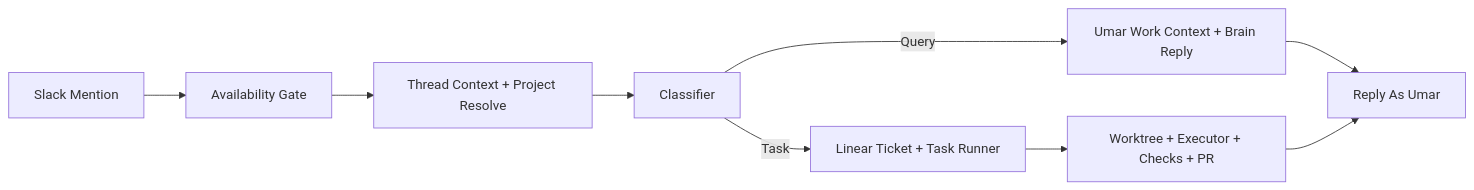
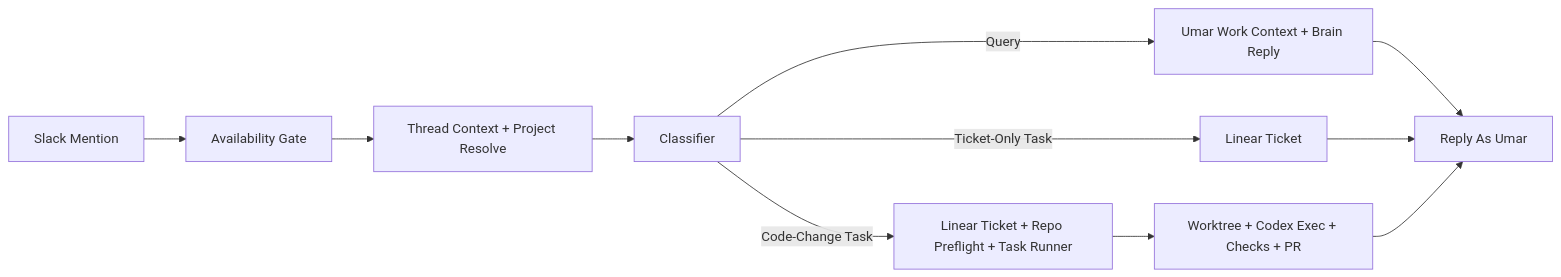
Before and after one commit to Umar-Auth/overlap-guard: the diagram in README.md, drawn with Mermaid. The commit also changed other lines of this file and 19 other files, not shown here.

First line of the commit message:
feat: add Codex executor, preflight checks, and task state management

````diff
--- a/README.md
+++ b/README.md
@@ -16,11 +16,13 @@
 ```mermaid
 flowchart LR
   A["Slack Mention"] --> B["Availability Gate"]
   B --> C["Thread Context + Project Resolve"]
   C --> D["Classifier"]
   D -->|Query| E["Umar Work Context + Brain Reply"]
-  D -->|Task| F["Linear Ticket + Task Runner"]
-  F --> G["Worktree + Executor + Checks + PR"]
+  D -->|Ticket-Only Task| F["Linear Ticket"]
+  D -->|Code-Change Task| G["Linear Ticket + Repo Preflight + Task Runner"]
+  G --> I["Worktree + Codex Exec + Checks + PR"]
   E --> H["Reply As Umar"]
-  G --> H
+  F --> H
+  I --> H
 ```
````
